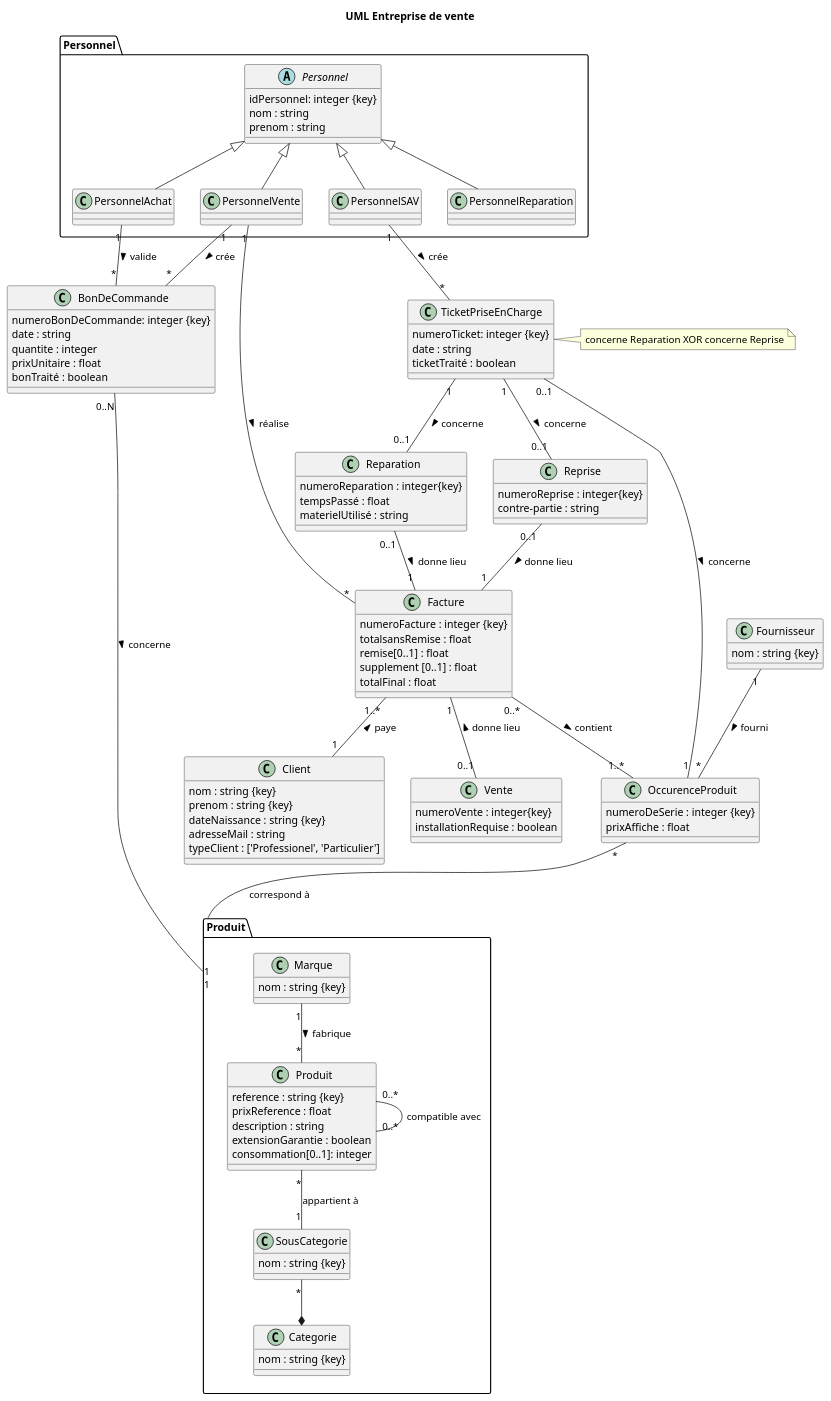
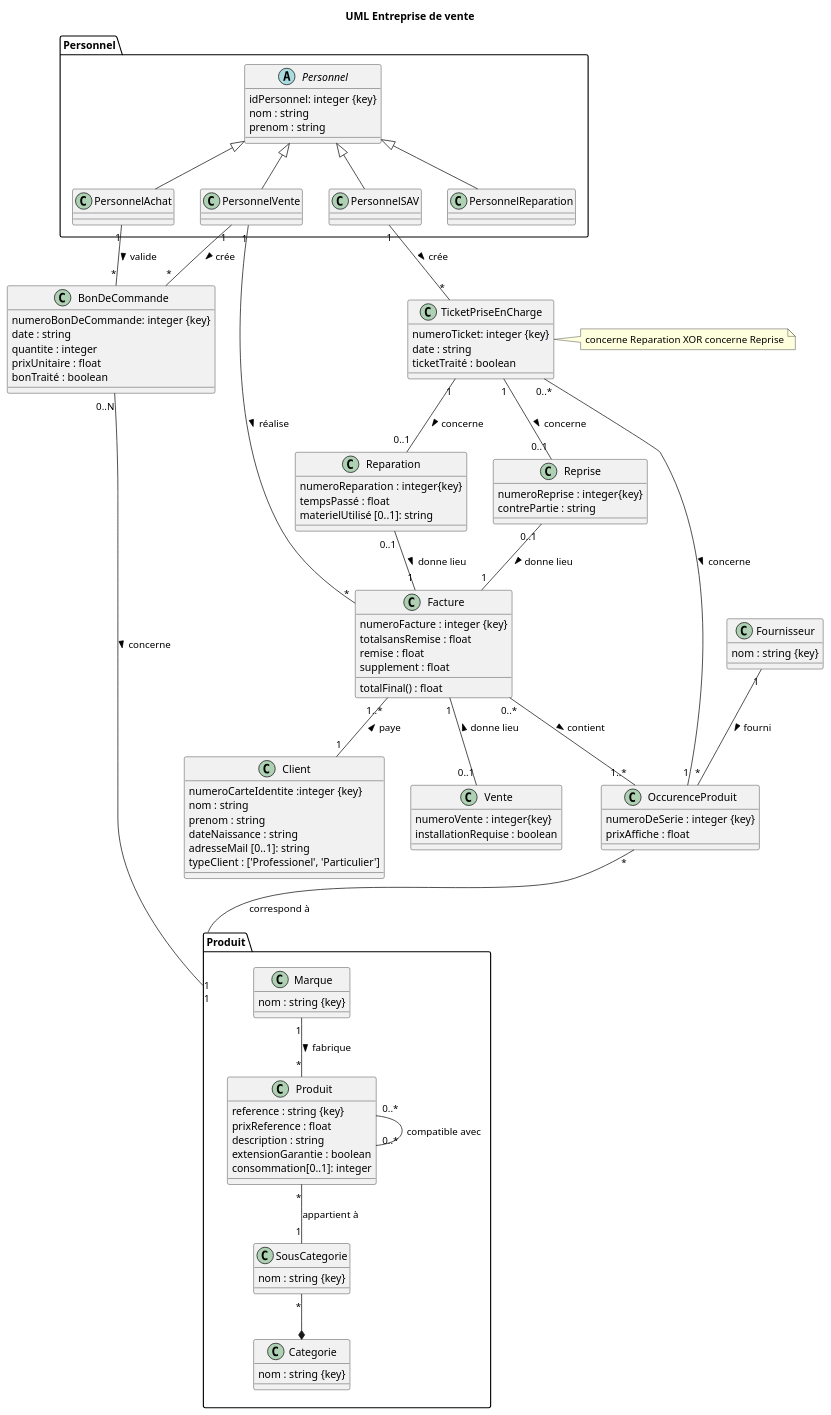
One commit to mariaidrissi/Entreprise-de-vente changed the diagram in MCD.plantuml. Above: the diagram before and after it, drawn with PlantUML.

```diff
--- a/MCD.plantuml
+++ b/MCD.plantuml
@@ -1,143 +1,145 @@
 @startuml
 title UML Entreprise de vente
 
 package Produit {
 
 class Produit {
   reference : string {key}
   prixReference : float
   description : string
   extensionGarantie : boolean
   consommation[0..1]: integer
 }
 
 
 Produit "0..*" --  "0..*" Produit : compatible avec
 
 Marque "1" -- "*" Produit : fabrique >
 
 class Marque {
 	nom : string {key}
 }
 
 class Categorie {
 	nom : string {key}
 }
 
 class SousCategorie {
 	nom : string {key}
 }
 
 SousCategorie "*" --* Categorie
 Produit  "*" -- "1" SousCategorie : appartient à
 }
 
 
 class OccurenceProduit {
   numeroDeSerie : integer {key}
   prixAffiche : float
 }
 
 OccurenceProduit  "*" -- "1" Produit : correspond à
 
 class Fournisseur {
 	nom : string {key}
 }
 
 Fournisseur "1" -- "*" OccurenceProduit : fourni >
 
 class Facture {
   numeroFacture : integer {key}
   totalsansRemise : float 
-  remise[0..1] : float
-  supplement [0..1] : float
-  totalFinal : float
+  remise : float
+  supplement : float
+  totalFinal() : float
 }
 
 
 class Client { 
-  nom : string {key}
-  prenom : string {key}
-  dateNaissance : string {key}
-  adresseMail : string
+  numeroCarteIdentite :integer {key}
+  nom : string 
+  prenom : string 
+  dateNaissance : string 
+  adresseMail [0..1]: string
   typeClient : ['Professionel', 'Particulier']
 }
 Facture "1..*" -- "1" Client : paye <
 
 Facture "0..*" -- "1..*" OccurenceProduit : contient >
 
 
 package Personnel {
   
 abstract class Personnel {
   idPersonnel: integer {key}
   nom : string 
   prenom : string 
 }
 
 class PersonnelAchat{
 }
 
 class PersonnelVente{
 }
 
 class PersonnelSAV{
 }
 
 class PersonnelReparation{
 }
 
 Personnel <|-- PersonnelAchat
 Personnel <|-- PersonnelVente
 Personnel <|-- PersonnelReparation
 Personnel <|-- PersonnelSAV
 }
 
 PersonnelVente "1" -- "*" Facture : réalise >
 PersonnelSAV "1" -- "*" TicketPriseEnCharge : crée >
 PersonnelAchat "1" -- "*" BonDeCommande : valide >
 PersonnelVente "1" -- "*" BonDeCommande : crée >
 
 class TicketPriseEnCharge {
   numeroTicket: integer {key}
   date : string 
   ticketTraité : boolean
 }
-TicketPriseEnCharge "0..1" -- "1" OccurenceProduit: concerne >
+TicketPriseEnCharge "0..*" -- "1" OccurenceProduit: concerne >
 
 class BonDeCommande {
   numeroBonDeCommande: integer {key}
   date : string
   quantite : integer
   prixUnitaire : float
   bonTraité : boolean
 }
 
 BonDeCommande "0..N" -- "1" Produit: concerne >
 
 class Reparation  {
   numeroReparation : integer{key}
   tempsPassé : float 
-  materielUtilisé : string
+  materielUtilisé [0..1]: string
 }
 
 class Reprise  {
   numeroReprise : integer{key}
-  contre-partie : string
+  contrePartie : string
 }
 
 
 note right of TicketPriseEnCharge
     concerne Reparation XOR concerne Reprise
 end note
+
 TicketPriseEnCharge "1" -- "0..1" Reparation : concerne >
 Reparation "0..1" -- "1" Facture : donne lieu >
 TicketPriseEnCharge "1" -- "0..1" Reprise : concerne >
 Reprise "0..1" -- "1" Facture : donne lieu >
 
 Facture "1" -- "0..1" Vente : donne lieu <
 class Vente  {
   numeroVente : integer{key}
   installationRequise : boolean 
 }
 @enduml
```
